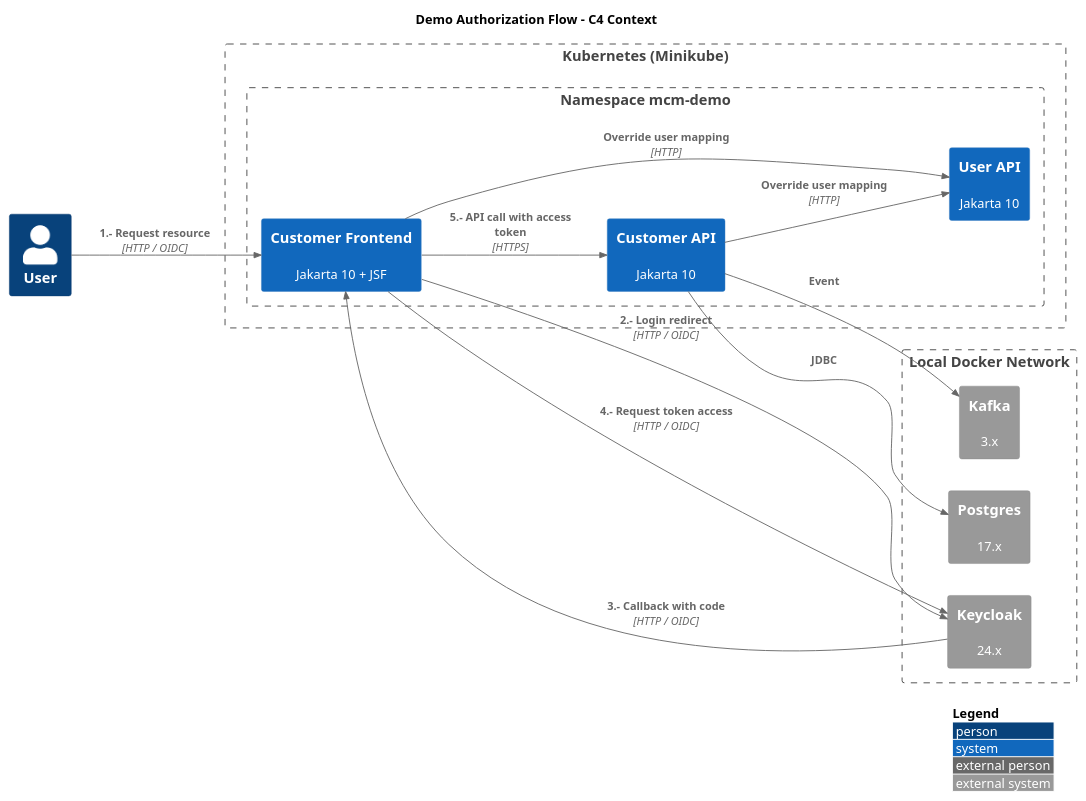
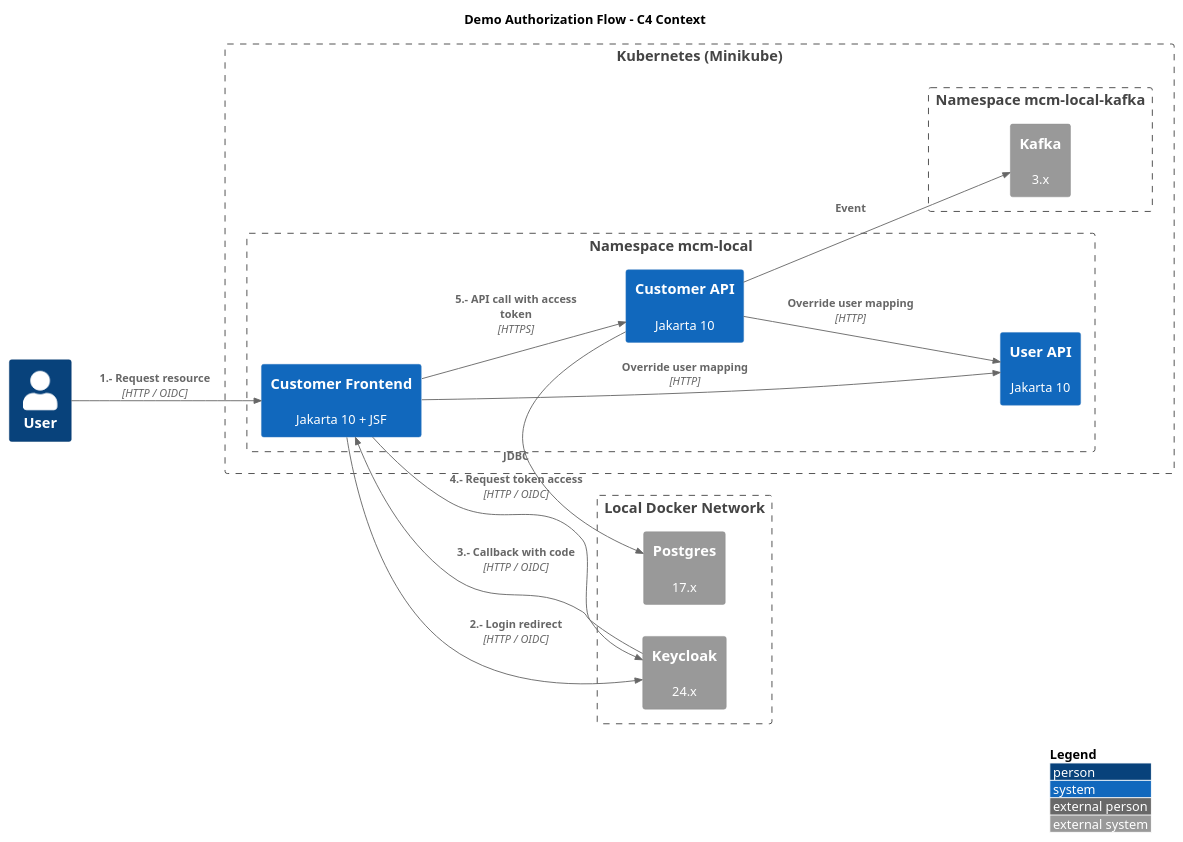
One commit to labcabrera/sample-jakarta-10-wildfly-oidc-integration changed the diagram in resources/diagrams/c4-context.plantuml. Above: the diagram before and after it, drawn with PlantUML. The commit also changed 2 other files, not shown here.

Commit message:
Upgraded readme + diagrams.

```diff
--- a/resources/diagrams/c4-context.plantuml
+++ b/resources/diagrams/c4-context.plantuml
@@ -1,42 +1,43 @@
 @startuml Demo Authorization Flow - C4 Context
 title Demo Authorization Flow - C4 Context
 
 !include https://raw.githubusercontent.com/plantuml-stdlib/C4-PlantUML/master/C4_Context.puml
 
 LAYOUT_LEFT_RIGHT()
 LAYOUT_WITH_LEGEND() 
 
 Person(user, "User")
 
 Boundary(k8s, "Kubernetes (Minikube)") {
-    Boundary(namespace_mcm_demo, "Namespace mcm-demo") {
+    Boundary(namespace_mcm_local, "Namespace mcm-local") {
         System(customer_api, "Customer API", "Jakarta 10")
         System(customer_fe, "Customer Frontend", "Jakarta 10 + JSF")
         System(user_api, "User API", "Jakarta 10")
+    }
+    Boundary(namespace_mcm_local_kafka, "Namespace mcm-local-kafka") {
+        System_Ext(kafka, "Kafka", "3.x")
     }
 }
 
 Boundary(localDockerNetwork, "Local Docker Network") {
     System_Ext(keycloak, "Keycloak", "24.x")
-    System_Ext(kafka, "Kafka", "3.x")
     System_Ext(postgres, "Postgres", "17.x")
 }
-
 
 Rel(user, customer_fe, "1.- Request resource", "HTTP / OIDC")
 
 Rel(customer_fe, keycloak, "2.- Login redirect", "HTTP / OIDC")
 
 Rel(keycloak, customer_fe, "3.- Callback with code", "HTTP / OIDC")
 
 Rel(customer_fe, keycloak, "4.- Request token access", "HTTP / OIDC")
 
 Rel(customer_fe, customer_api, "5.- API call with access token", "HTTPS")
 
 Rel(customer_api, postgres, "JDBC")
 Rel(customer_api, kafka, "Event")
 
 Rel(customer_fe, user_api, "Override user mapping", "HTTP")
 Rel(customer_api, user_api, "Override user mapping", "HTTP")
 
 @enduml
```
